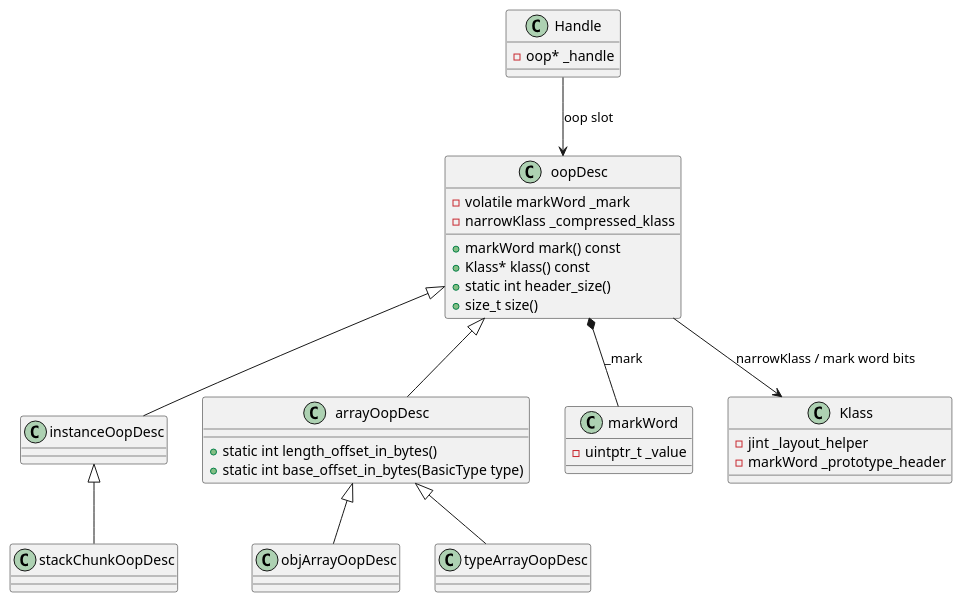
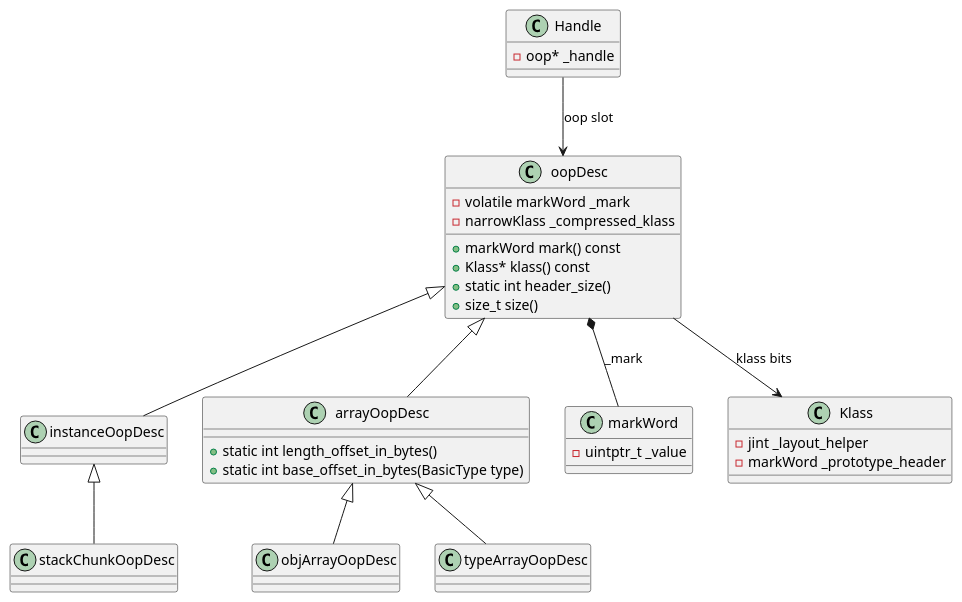
The first of 5 diagrams in content/post/java/jvm/object.md (kevinwang930/kevinwang930.github.io), drawn with PlantUML before and after one commit. The commit also changed other lines of this file, not shown here.

````diff
--- a/content/post/java/jvm/object.md
+++ b/content/post/java/jvm/object.md
@@ -36,37 +31,37 @@
 ```plantuml
 class oopDesc {
     - volatile markWord _mark
     - narrowKlass _compressed_klass
     + markWord mark() const
     + Klass* klass() const
     + static int header_size()
     + size_t size()
 }
 class instanceOopDesc
 class arrayOopDesc {
     + static int length_offset_in_bytes()
     + static int base_offset_in_bytes(BasicType type)
 }
 class objArrayOopDesc
 class typeArrayOopDesc
 class stackChunkOopDesc
 class markWord {
     - uintptr_t _value
 }
 class Klass {
     - jint _layout_helper
     - markWord _prototype_header
 }
 class Handle {
     - oop* _handle
 }
 
 oopDesc <|-- instanceOopDesc
 oopDesc <|-- arrayOopDesc
 instanceOopDesc <|-- stackChunkOopDesc
 arrayOopDesc <|-- objArrayOopDesc
 arrayOopDesc <|-- typeArrayOopDesc
 oopDesc *-- markWord : _mark
-oopDesc --> Klass : narrowKlass / mark word bits
+oopDesc --> Klass : klass bits
 Handle --> oopDesc : oop slot
 ```
````
